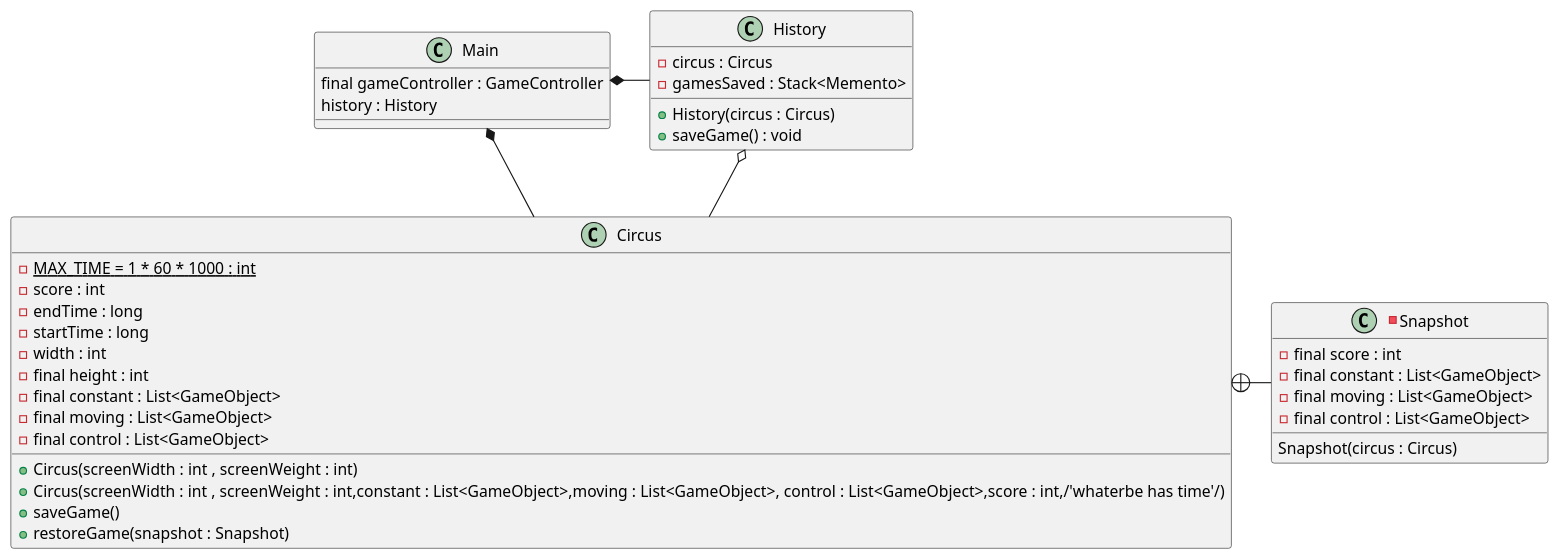
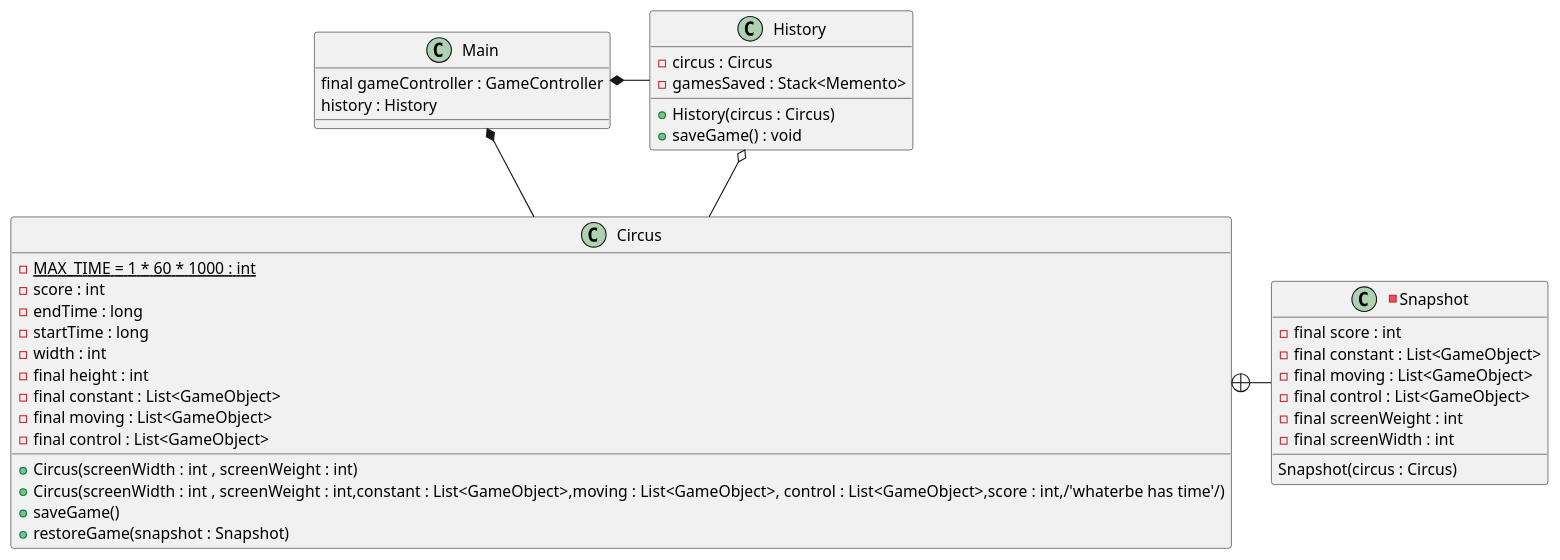
Before and after one commit to shadyalattarr/Circus-of-Plates: the diagram in UML/Design Patterns/SaveGameMemento.wsd, drawn with PlantUML.

```diff
--- a/UML/Design Patterns/SaveGameMemento.wsd
+++ b/UML/Design Patterns/SaveGameMemento.wsd
@@ -1,53 +1,55 @@
 @startuml SaveGameMemento
 
 class Circus{ /'Originator want to change this'/
     -{static} MAX_TIME = 1 * 60 * 1000 : int
     -score : int
     -endTime : long
     -startTime : long
     -width : int
     -final height : int
     -final constant : List<GameObject>
     -final moving : List<GameObject>
     -final control : List<GameObject>
 
 
     +Circus(screenWidth : int , screenWeight : int)
     +Circus(screenWidth : int , screenWeight : int,constant : List<GameObject>,moving : List<GameObject>, control : List<GameObject>,score : int,/'whaterbe has time'/)
     +saveGame()
     +restoreGame(snapshot : Snapshot)
 }
 
 /'Memento'/
 -class Snapshot{
     /'whatever holds current time?'/
     -final score : int
     -final constant : List<GameObject>
     -final moving : List<GameObject>
     -final control : List<GameObject>
+    -final screenWeight : int
+    -final screenWidth : int 
 
 
     Snapshot(circus : Circus)
 }
 
 
 /'caretaker is main?'/
 class History{
     -circus : Circus
     -gamesSaved : Stack<Memento>
 
     +History(circus : Circus)
     +saveGame() : void
 }
 
 class Main/'want to change this'/
 {
     final gameController : GameController
     history : History
 }
 Circus +- Snapshot
 History o-- Circus  
 Main *- History
 Main *-- Circus
 
 @enduml
```
